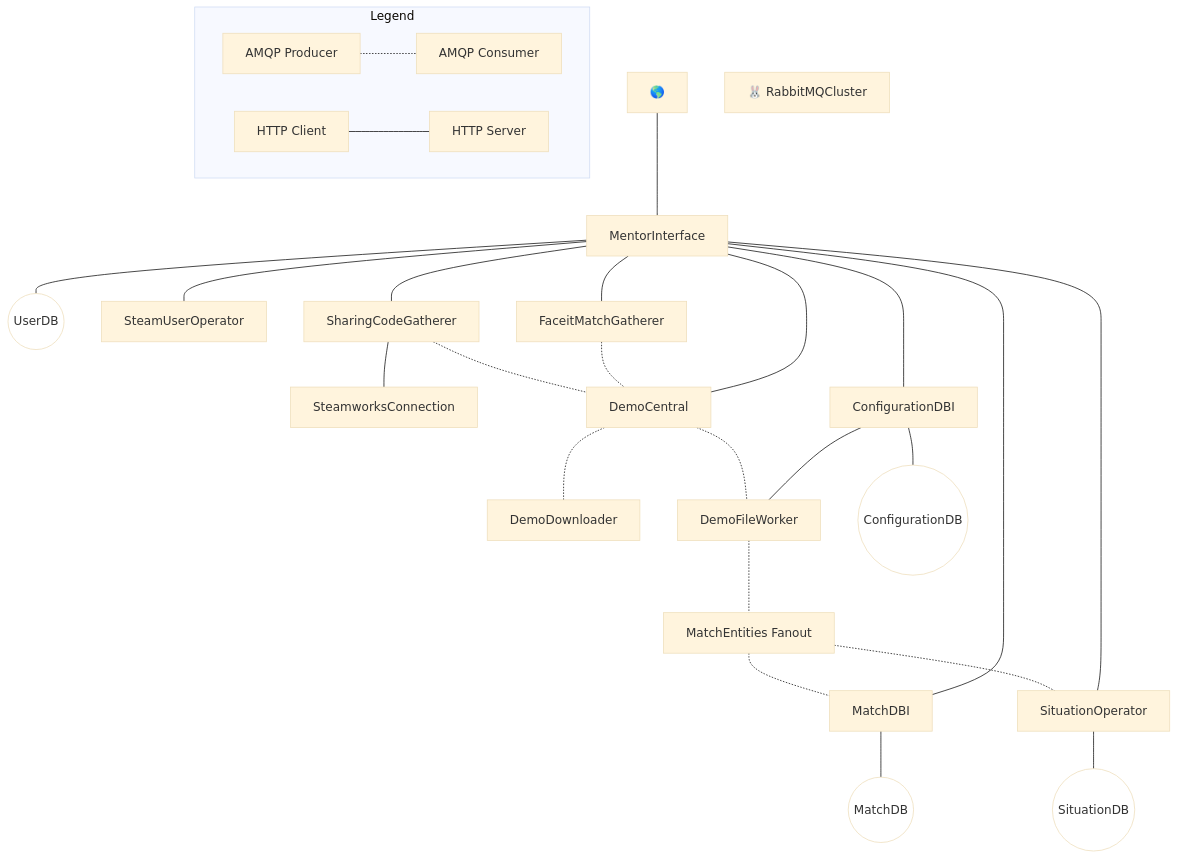
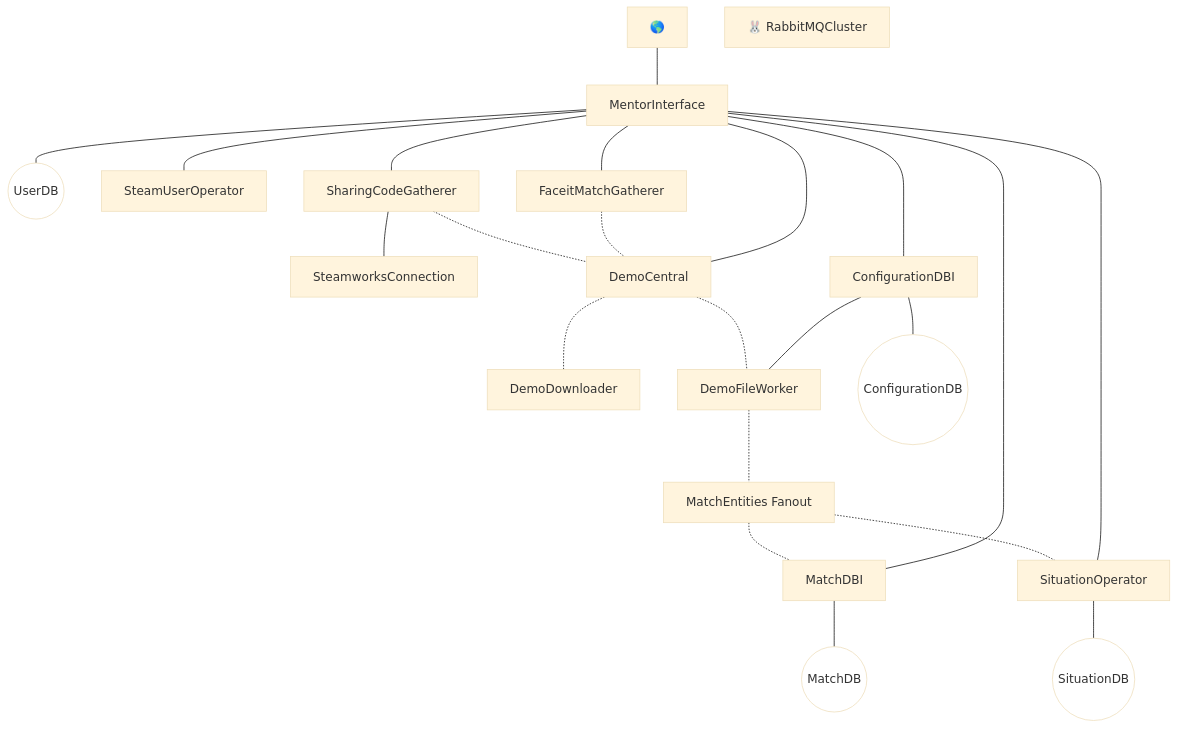
Before and after one commit to KieronKretschmar/MentorGG_Overview: the first of 2 diagrams in README.md, drawn with Mermaid (base theme).

````diff
--- a/README.md
+++ b/README.md
@@ -33,60 +33,53 @@
 ```mermaid
 graph TD;
     I["🌎"] --- MI
     MI --- UDB((UserDB));
     
     MI --- SUO[SteamUserOperator];
     
     MI --- SCO[SharingCodeGatherer];
     SCO --- SWC[SteamworksConnection];
     SCO -.- DC;
     
     MI --- FG[FaceitMatchGatherer];
     FG -.- DC;
     
     
     MI --- CDBI[ConfigurationDBI];
     
     MI[MentorInterface] --- DC[DemoCentral];
     DC -.- DD[DemoDownloader];
     DC -.- DFW[DemoFileWorker];
     DFW -.- MEF["MatchEntities Fanout"];
     MEF -.- MDBI;
     MEF -.- SO;
     
     CDBI --- DFW;
 
     CDBI --- CDB((ConfigurationDB));
     MI --- MDBI[MatchDBI];
     MI --- SO[SituationOperator];
     SO --- SDB((SituationDB));
     MDBI --- MDB((MatchDB));
 
     RC["🐰 RabbitMQCluster"];
 
-    subgraph Legend
-        AMQPP["AMQP Producer"] -.- AMQPC["AMQP Consumer"];
-        HTTPC["HTTP Client"] --- HTTPS["HTTP Server"];
-    end
 
     classDef db fill:white;
     classDef queue fill:pink;
     class RFO queue;
     class UDB,SUDB,CDB,SDB,MDB db;
 
     click MI,UDB "https://gitlab.com/mentorgg/engine/mentor-interface";
     click SUO "https://gitlab.com/mentorgg/engine/steamuserprojects";
     click SCO,SWC "https://gitlab.com/mentorgg/csgo/sharingcodeprojects";
     click CDBI,CDB "https://gitlab.com/mentorgg/csgo/configurationdbi";
     click DC "https://gitlab.com/mentorgg/csgo/democentral";
     click FG "https://gitlab.com/mentorgg/csgo/faceitmatchgatherer";
     click DFW "https://gitlab.com/mentorgg/csgo/demofileworker";
     click DD "https://gitlab.com/mentorgg/csgo/demodownloader";
     click MDBI,MDB "https://gitlab.com/mentorgg/csgo/matchdbi";
     click RC "https://gitlab.com/mentorgg/engine/rabbitmqcluster";
     click MEF "https://gitlab.com/mentorgg/csgo/matchentities";
     click SO,SDB "https://gitlab.com/mentorgg/csgo/situationsoperator";
-
-
-    
 ```
````
